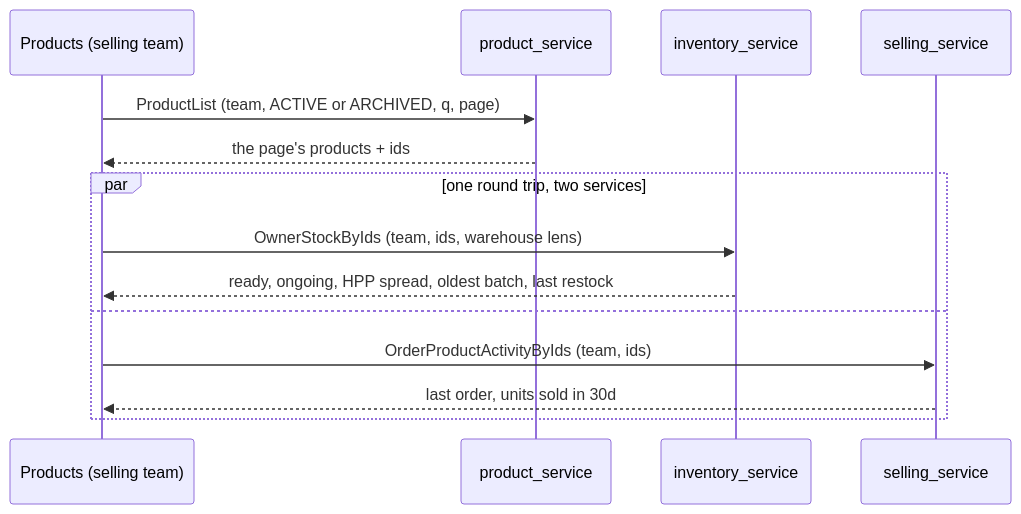
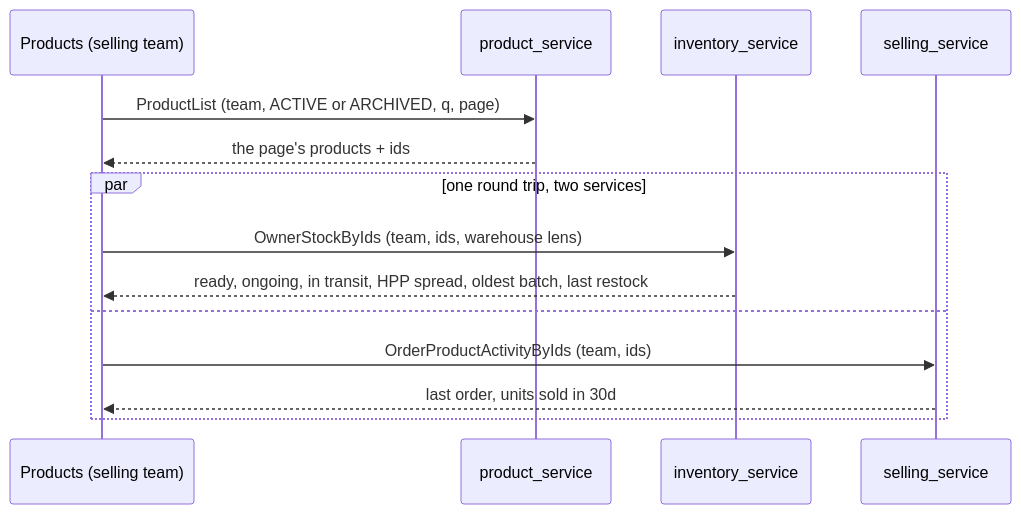
One commit to pdcgo/warehouse_revamp changed diagram 22 of 37 in docs/services/inventory_service/rpc.md. Above: the diagram before and after it, drawn with Mermaid. The commit also changed other lines of this file and 28 other files, not shown here.

````diff
--- a/docs/services/inventory_service/rpc.md
+++ b/docs/services/inventory_service/rpc.md
@@ -1011,18 +1011,18 @@
 ```mermaid
 sequenceDiagram
     participant UI as Products (selling team)
     participant P as product_service
     participant I as inventory_service
     participant S as selling_service
 
     UI->>P: ProductList (team, ACTIVE or ARCHIVED, q, page)
     P-->>UI: the page's products + ids
 
     par one round trip, two services
         UI->>I: OwnerStockByIds (team, ids, warehouse lens)
-        I-->>UI: ready, ongoing, HPP spread, oldest batch, last restock
+        I-->>UI: ready, ongoing, in transit, HPP spread, oldest batch, last restock
     and
         UI->>S: OrderProductActivityByIds (team, ids)
         S-->>UI: last order, units sold in 30d
     end
 ```
````
